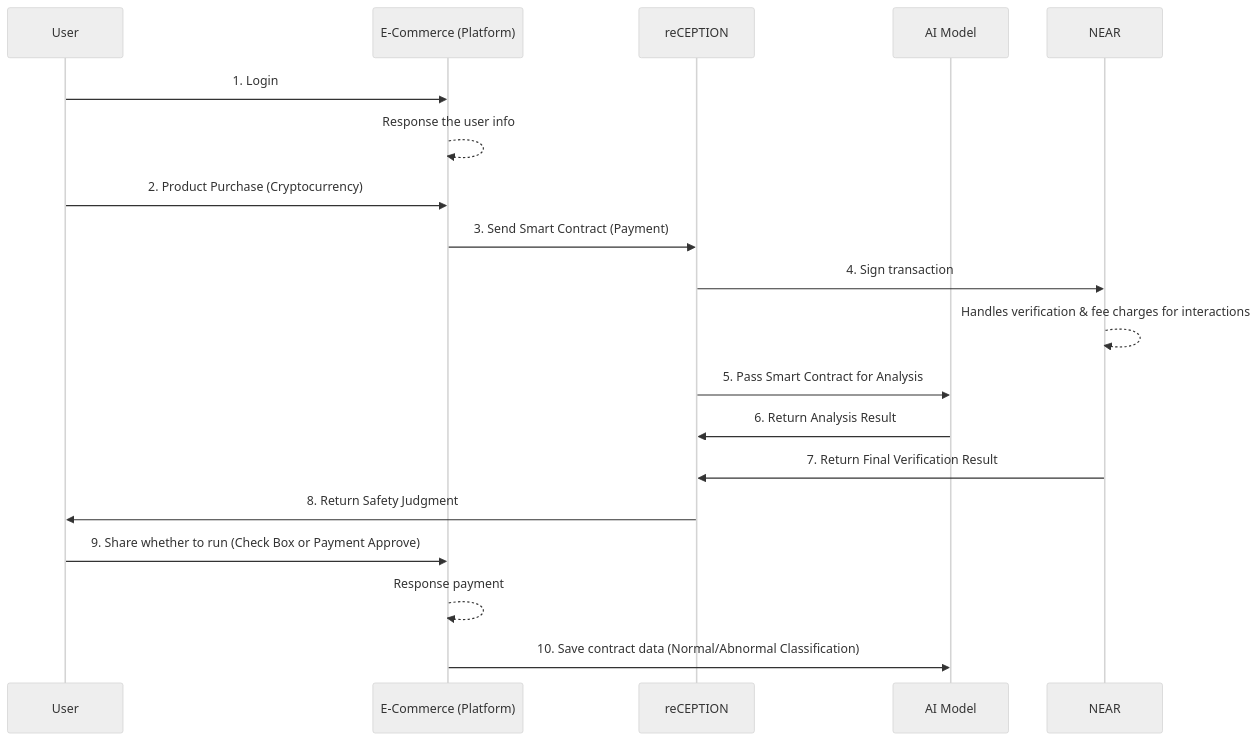
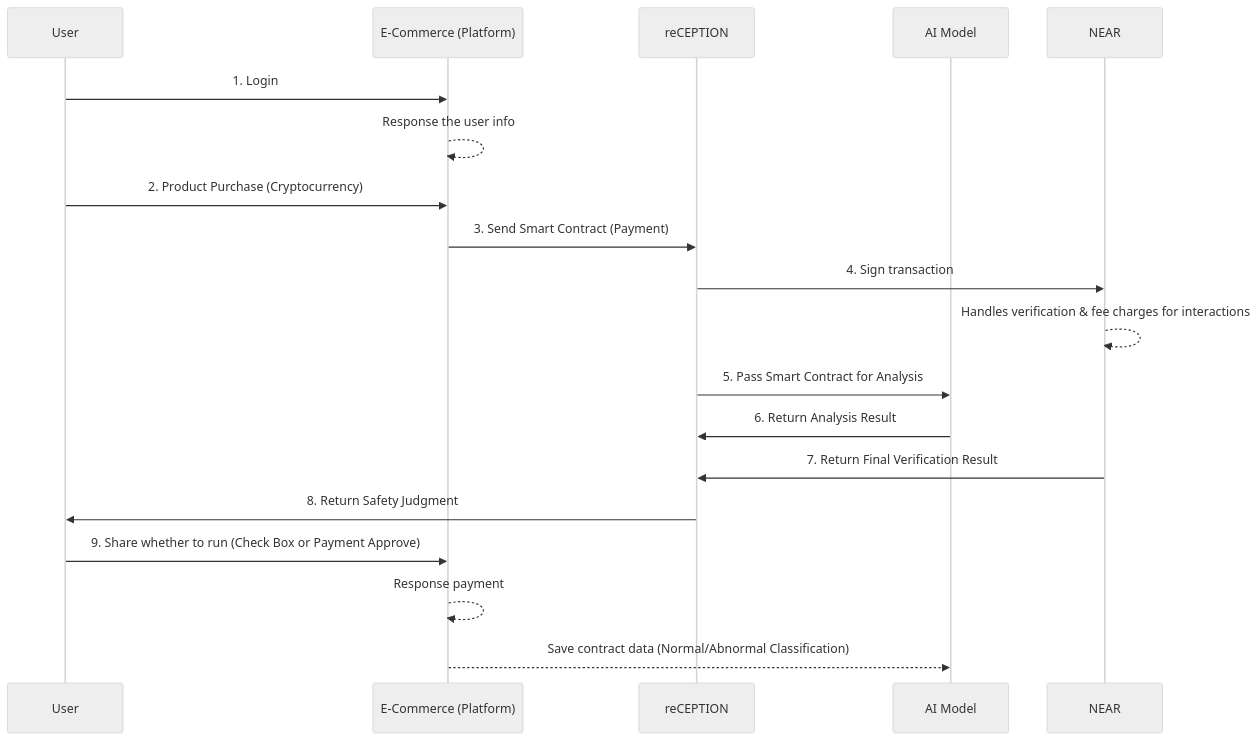
Before and after one commit to Julius-Ky/reCeption: the first of 3 diagrams in README.md, drawn with Mermaid (neutral theme).

````diff
--- a/README.md
+++ b/README.md
@@ -62,22 +62,22 @@
 ```mermaid
 sequenceDiagram
 participant User
 participant E-Commerce as E-Commerce (Platform)
 participant reCEPTION
 participant AI as AI Model
 participant NEAR
 
 User ->> E-Commerce: 1. Login
 E-Commerce -->> E-Commerce: Response the user info
 User ->> E-Commerce: 2. Product Purchase (Cryptocurrency)
 E-Commerce ->> reCEPTION: 3. Send Smart Contract (Payment)
 reCEPTION ->> NEAR: 4. Sign transaction
 NEAR -->> NEAR: Handles verification & fee charges for interactions
 reCEPTION ->> AI: 5. Pass Smart Contract for Analysis
 AI ->> reCEPTION: 6. Return Analysis Result
 NEAR ->> reCEPTION: 7. Return Final Verification Result
 reCEPTION ->> User: 8. Return Safety Judgment
 User ->> E-Commerce: 9. Share whether to run (Check Box or Payment Approve)
 E-Commerce -->> E-Commerce: Response payment
-E-Commerce ->> AI: 10. Save contract data (Normal/Abnormal Classification)
+E-Commerce -->> AI: Save contract data (Normal/Abnormal Classification)
 ```
````
